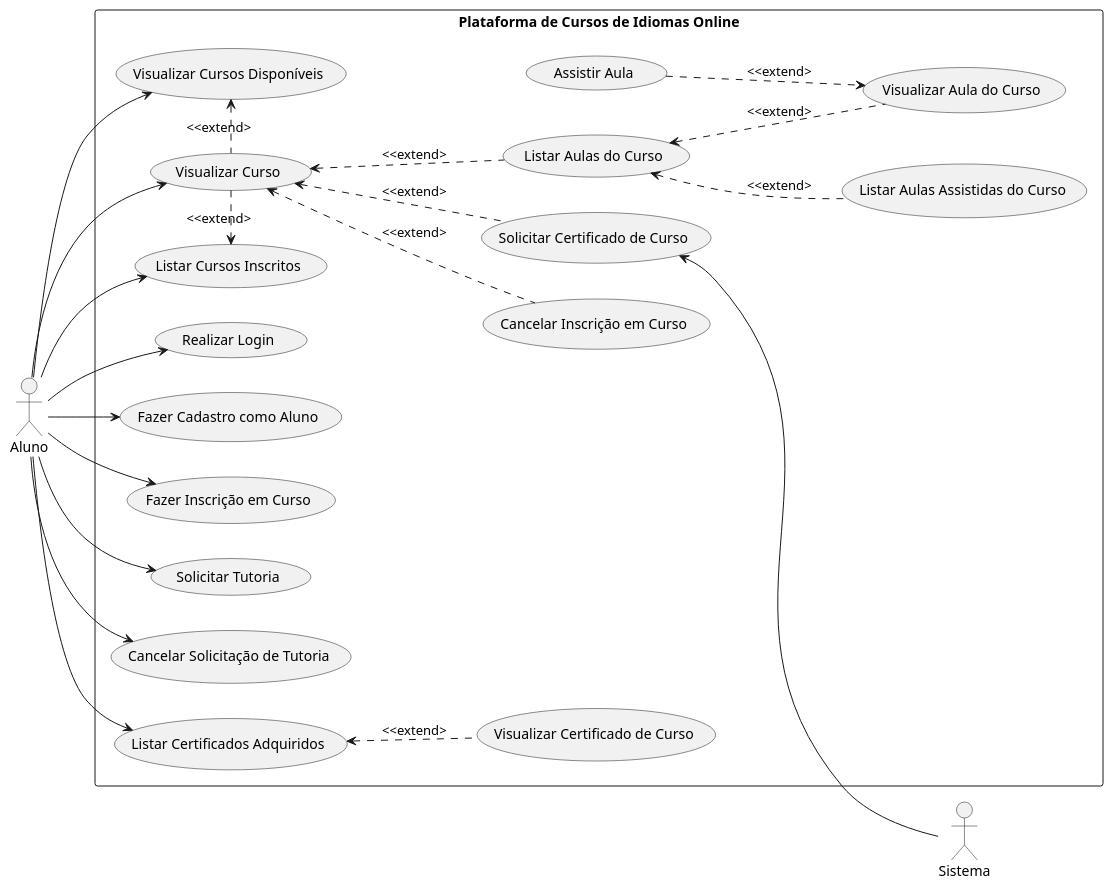
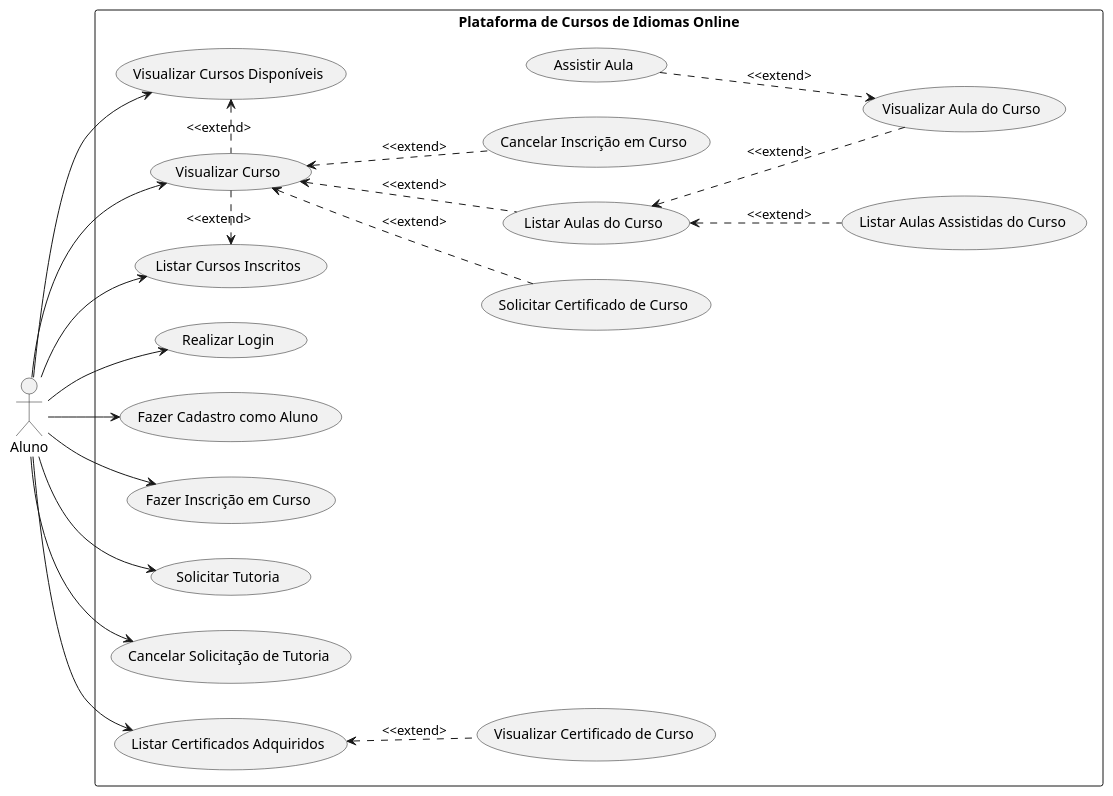
The diagram in projeto-1Unidade/aluno.puml (Nicolas-Emanuel7/Atividades-APS), drawn with PlantUML before and after one commit. The commit also changed 16 other files, not shown here.

Commit message:
feat: adiciona diagrama de sequencia das especificações

```diff
--- a/projeto-1Unidade/aluno.puml
+++ b/projeto-1Unidade/aluno.puml
@@ -1,68 +1,65 @@
 @startuml "Plataforma de Cursos de Idiomas Online"
 left to right direction
 
 :Aluno: as aluno
-:Sistema: as sistema
 
 
 rectangle "Plataforma de Cursos de Idiomas Online"{
     (Visualizar Curso) as visualizar_curso
     (Visualizar Aula do Curso) as visualizar_aula_curso
     (Listar Aulas do Curso) as listar_aulas_curso
     (Listar Cursos Inscritos) as listar_cursos_inscritos
 
     (Realizar Login) as realizar_login
 
     (Fazer Cadastro como Aluno) as fazer_cadastro_aluno
     ' (Visualizar Perfil de Aluno) as visualizar_perfil_aluno
     ' (Atualizar Perfil de Aluno) as atualizar_perfil_aluno
     (Visualizar Cursos Disponíveis) as visualizar_cursos_disponiveis
     ' (Filtrar Listagem de Cursos) as filtrar_listagem_cursos
     ' (Buscar Curso) as buscar_curso
     (Fazer Inscrição em Curso) as fazer_inscricao_curso
     (Cancelar Inscrição em Curso) as cancelar_inscricao_curso
     (Assistir Aula) as assistir_aula
     (Listar Aulas Assistidas do Curso) as listar_aulas_assistidas_curso
     (Solicitar Tutoria) as solicitar_tutoria
     (Cancelar Solicitação de Tutoria) as cancelar_solicitacao_tutoria
     (Solicitar Certificado de Curso) as solicitar_certificado_curso
     (Visualizar Certificado de Curso) as visualizar_certificado_curso
     (Listar Certificados Adquiridos) as listar_certificados_adquiridos
     ' (Avaliar Curso) as avaliar_curso
     ' (Fazer Comentário em Chat de Aula) as fazer_comentario_chat_aula
     ' (Responder Comentário em Chat de Aula) as responder_comentario_chat_aula
 }
 
 aluno --> fazer_cadastro_aluno
 aluno --> realizar_login
 
 aluno --> visualizar_cursos_disponiveis
 
 visualizar_cursos_disponiveis <.right. visualizar_curso: <<extend>
 
 aluno --> listar_cursos_inscritos
 
 listar_cursos_inscritos <.left. visualizar_curso: <<extend>
 
 aluno --> fazer_inscricao_curso
 aluno --> visualizar_curso
 
 visualizar_curso <.down. cancelar_inscricao_curso: <<extend>
 visualizar_curso <.down. listar_aulas_curso: <<extend>
 visualizar_curso <.down. solicitar_certificado_curso: <<extend>
 
 listar_aulas_curso <.down. visualizar_aula_curso: <<extend>
 listar_aulas_curso <.down. listar_aulas_assistidas_curso: <<extend>
 
 visualizar_aula_curso <.up. assistir_aula: <<extend>
 
 aluno --> listar_certificados_adquiridos
 
 listar_certificados_adquiridos <.down. visualizar_certificado_curso: <<extend>
 
 aluno --> solicitar_tutoria
 aluno --> cancelar_solicitacao_tutoria
 
-sistema -up-> solicitar_certificado_curso
-
 @enduml
```
